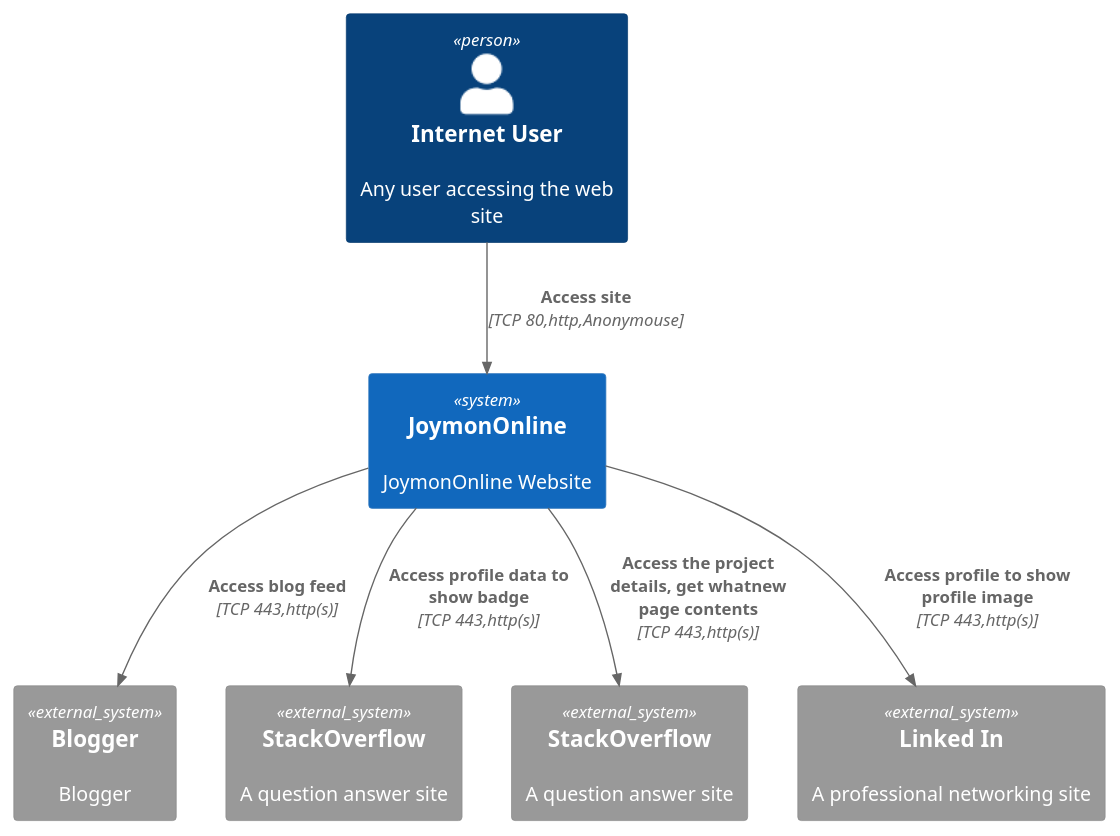
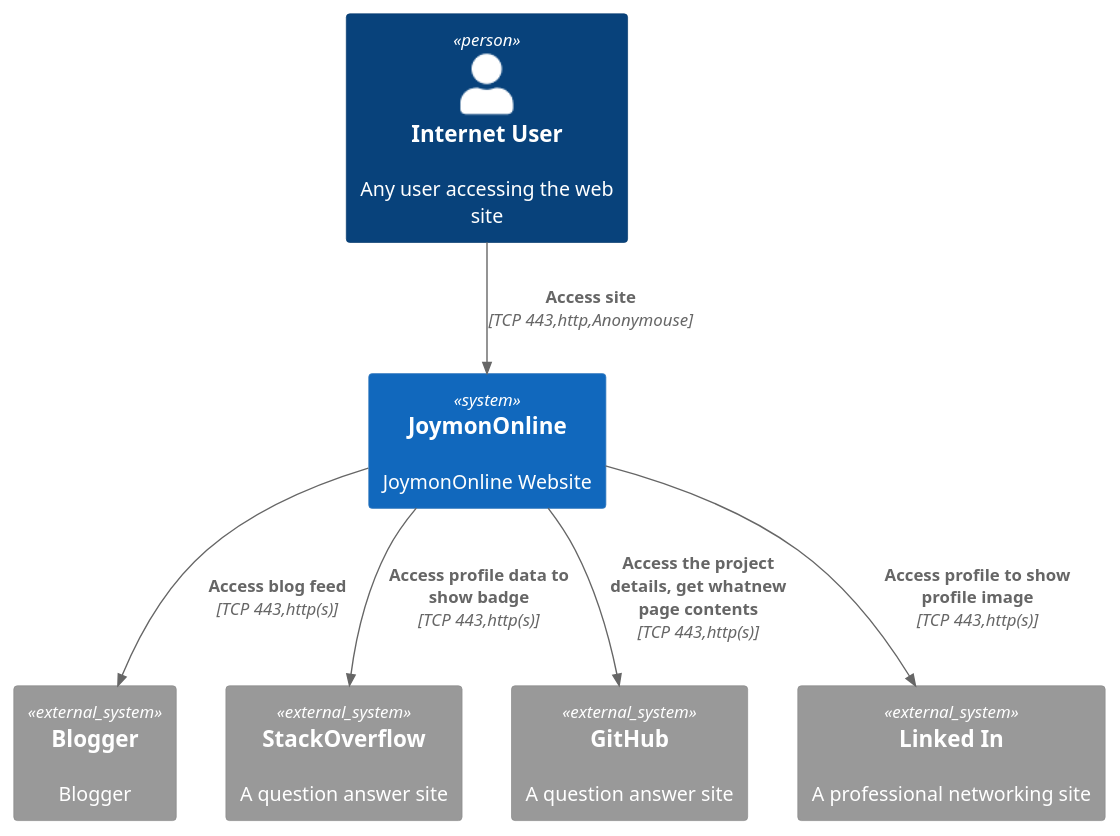
Before and after one commit to joymon/Demo-ASPNetIntergationTest: the diagram in diagrams/context.puml, drawn with PlantUML.

```diff
--- a/diagrams/context.puml
+++ b/diagrams/context.puml
@@ -1,15 +1,15 @@
 @startuml JoymonOnline_Context
 !includeurl https://raw.githubusercontent.com/RicardoNiepel/C4-PlantUML/release/1-0/C4_Container.puml
 
 Person(personAlias, "Internet User", "Any user accessing the web site")
 System(joymononline, "JoymonOnline", "JoymonOnline Website")
 System_Ext(blogger,"Blogger","Blogger")
 System_Ext(stackOverflow,"StackOverflow","A question answer site")
-System_Ext(github,"StackOverflow","A question answer site")
+System_Ext(github,"GitHub","A question answer site")
 System_Ext(linkedIn,"Linked In","A professional networking site")
-Rel(personAlias, joymononline, "Access site", "TCP 80,http,Anonymouse")
+Rel(personAlias, joymononline, "Access site", "TCP 443,http,Anonymouse")
 Rel(joymononline,blogger,"Access blog feed","TCP 443,http(s)")
 Rel(joymononline,stackOverflow,"Access profile data to show badge","TCP 443,http(s)")
 Rel(joymononline,github,"Access the project details, get whatnew page contents","TCP 443,http(s)")
 Rel(joymononline,linkedIn,"Access profile to show profile image","TCP 443,http(s)")
 @enduml
```
